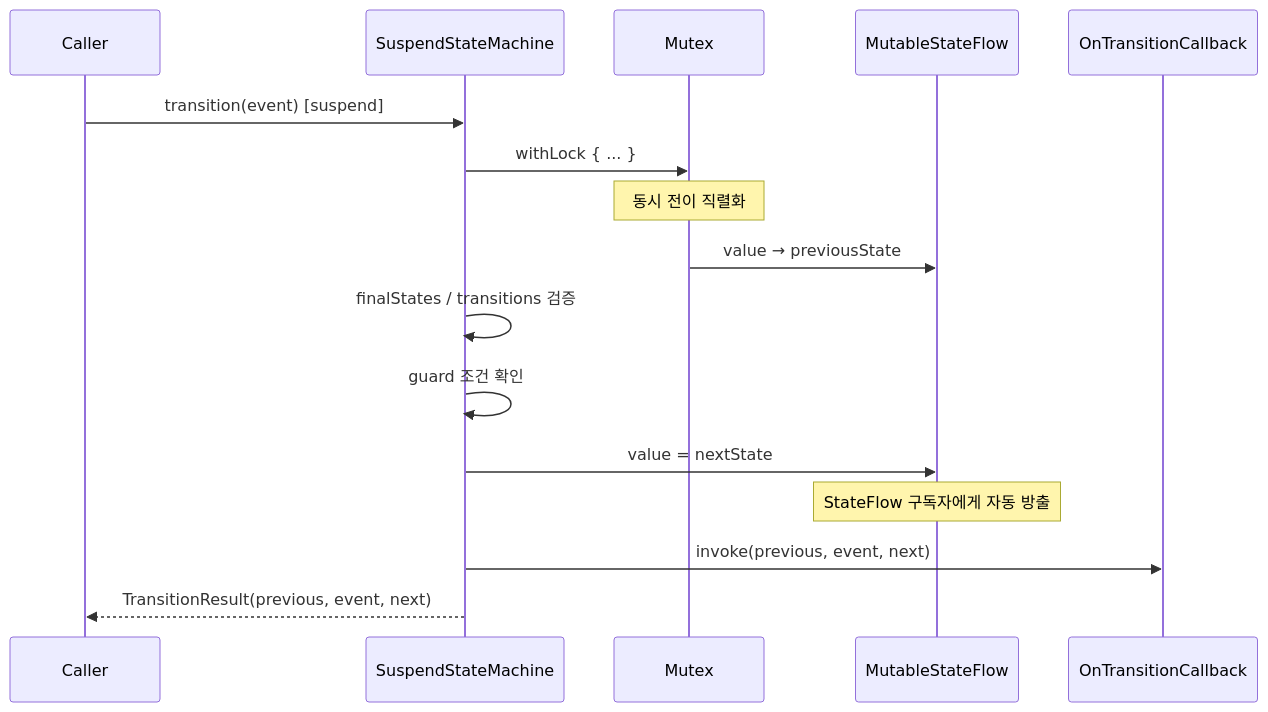
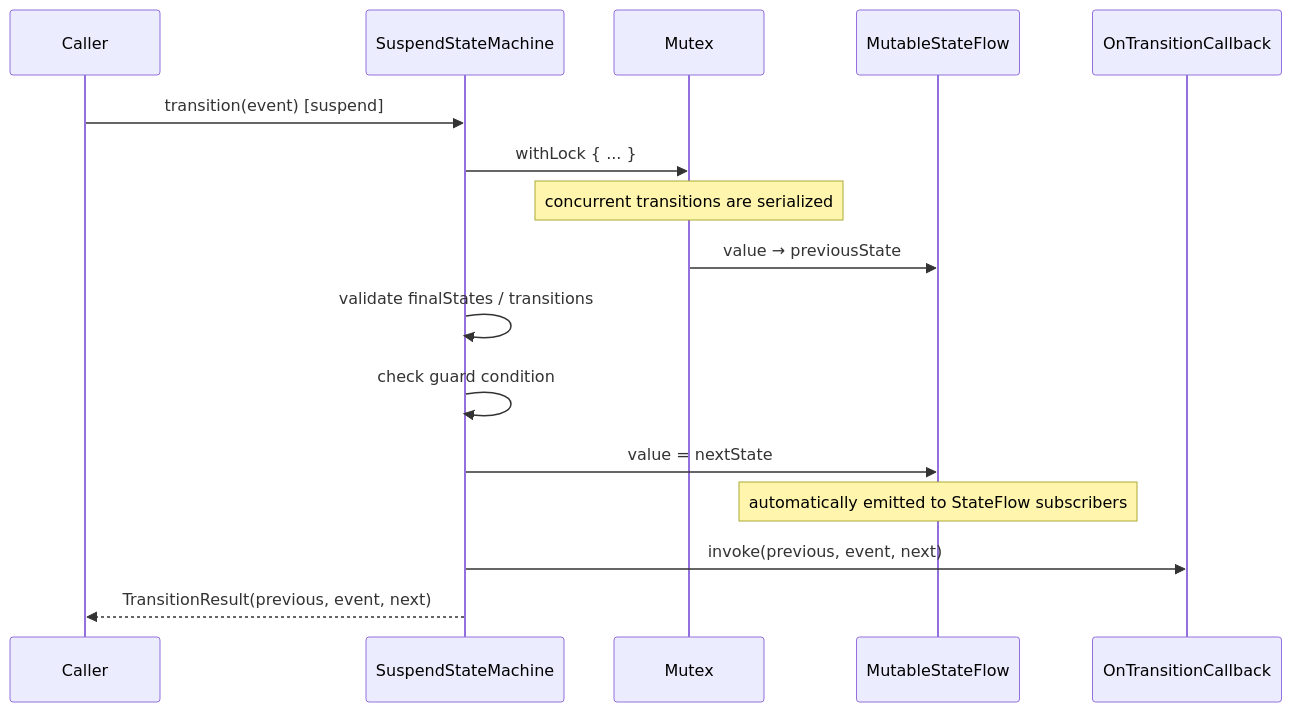
One commit to bluetape4k/bluetape4k-projects changed the seventh of 8 diagrams in utils/states/README.md. Above: the diagram before and after it, drawn with Mermaid. The commit also changed other lines of this file and 265 other files, not shown here.

````diff
--- a/utils/states/README.md
+++ b/utils/states/README.md
@@ -299,20 +301,20 @@
 ```mermaid
 sequenceDiagram
     participant Caller
     participant SuspendStateMachine
     participant Mutex
     participant MutableStateFlow
     participant OnTransitionCallback
 
     Caller->>SuspendStateMachine: transition(event) [suspend]
     SuspendStateMachine->>Mutex: withLock { ... }
-    Note over Mutex: 동시 전이 직렬화
+    Note over Mutex: concurrent transitions are serialized
 
     Mutex->>MutableStateFlow: value → previousState
-    SuspendStateMachine->>SuspendStateMachine: finalStates / transitions 검증
-    SuspendStateMachine->>SuspendStateMachine: guard 조건 확인
+    SuspendStateMachine->>SuspendStateMachine: validate finalStates / transitions
+    SuspendStateMachine->>SuspendStateMachine: check guard condition
     SuspendStateMachine->>MutableStateFlow: value = nextState
-    Note over MutableStateFlow: StateFlow 구독자에게 자동 방출
+    Note over MutableStateFlow: automatically emitted to StateFlow subscribers
     SuspendStateMachine->>OnTransitionCallback: invoke(previous, event, next)
     SuspendStateMachine-->>Caller: TransitionResult(previous, event, next)
 ```
````
